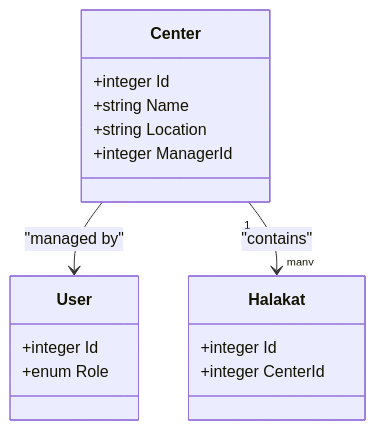
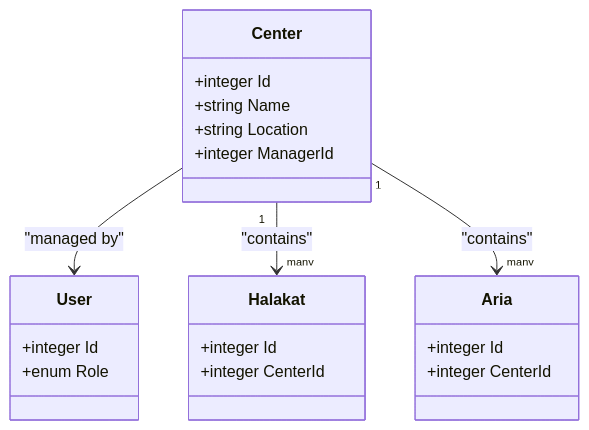
The fourth of 12 diagrams in .qoder/repowiki/en/content/Feature Modules/Feature Modules.md (Mreng78/khirocom_project), drawn with Mermaid before and after one commit. The commit also changed other lines of this file and 6 other files, not shown here.

````diff
--- a/.qoder/repowiki/en/content/Feature Modules/Feature Modules.md
+++ b/.qoder/repowiki/en/content/Feature Modules/Feature Modules.md
@@ -208,19 +231,24 @@
 ```mermaid
 classDiagram
 class Center {
 +integer Id
 +string Name
 +string Location
 +integer ManagerId
 }
 class User {
 +integer Id
 +enum Role
 }
 class Halakat {
 +integer Id
 +integer CenterId
 }
+class Aria {
++integer Id
++integer CenterId
+}
 Center --> User : "managed by"
 Center "1" --> "many" Halakat : "contains"
+Center "1" --> "many" Aria : "contains"
 ```
````
